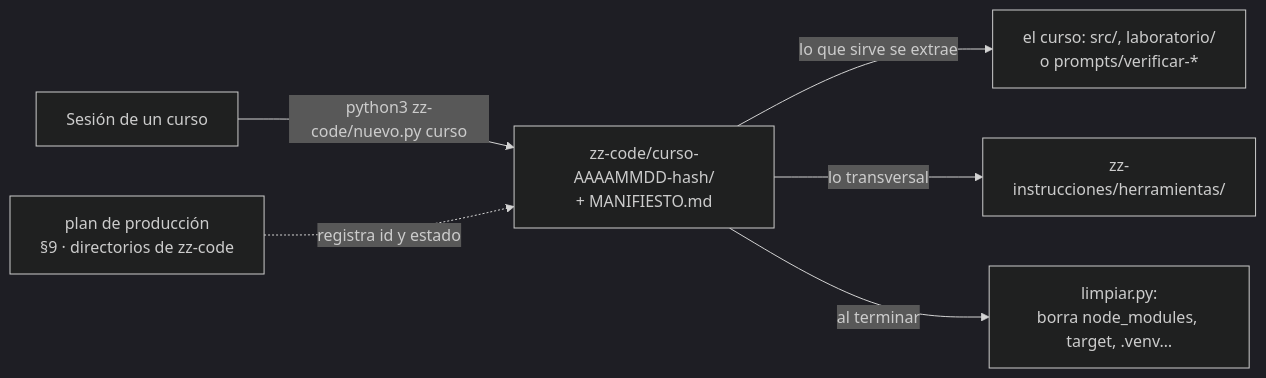
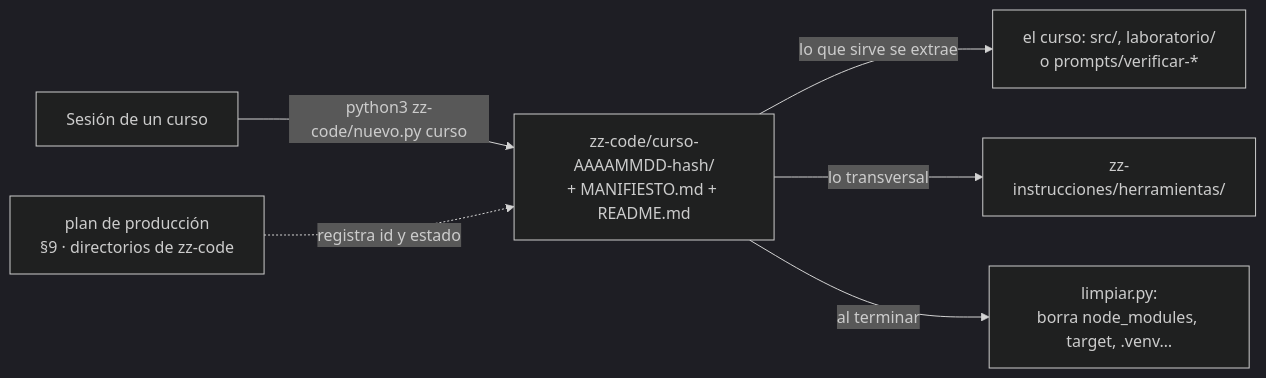
Before and after one commit to oskar-raul-dev/courses-ai-generated: the diagram in zz-code/README.md, drawn with Mermaid (dark theme). The commit also changed other lines of this file and 2081 other files, not shown here.

````diff
--- a/zz-code/README.md
+++ b/zz-code/README.md
@@ -11,8 +11,8 @@
 ```mermaid
 flowchart LR
-    S["Sesión de un curso"] -- "python3 zz-code/nuevo.py curso" --> D["zz-code/curso-AAAAMMDD-hash/<br/>+ MANIFIESTO.md"]
+    S["Sesión de un curso"] -- "python3 zz-code/nuevo.py curso" --> D["zz-code/curso-AAAAMMDD-hash/<br/>+ MANIFIESTO.md + README.md"]
     D -- "lo que sirve se extrae" --> C["el curso: src/, laboratorio/<br/>o prompts/verificar-*"]
     D -- "lo transversal" --> H["zz-instrucciones/herramientas/"]
     D -- "al terminar" --> L["limpiar.py:<br/>borra node_modules, target, .venv…"]
     P["plan de producción<br/>§9 · directorios de zz-code"] -. "registra id y estado" .-> D
 ```
````
